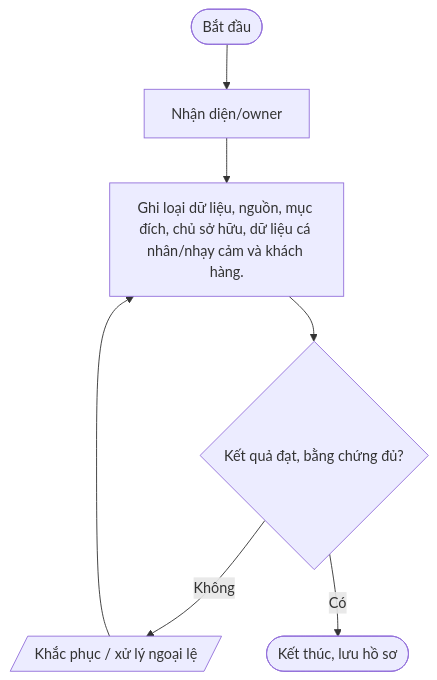
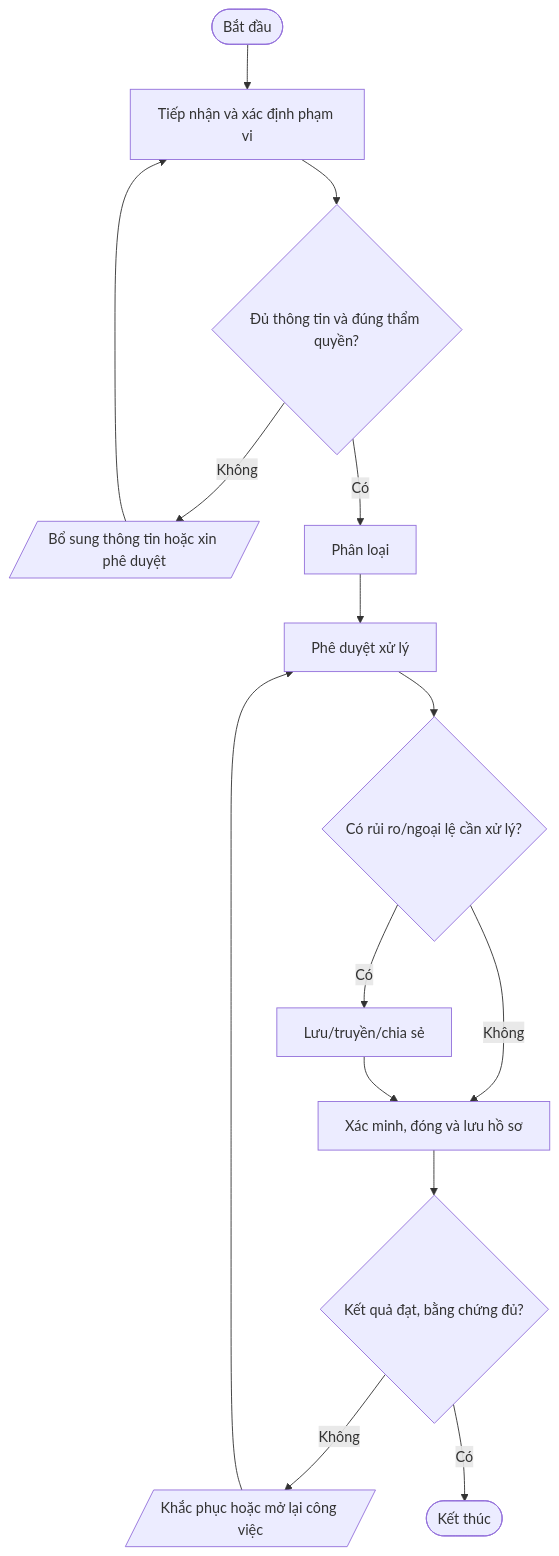
One commit to daoaigiangnam/Quy_Trinh_Chuan changed the fourth of 11 diagrams in quy-trinh/03-An-toan-thong-tin/README.md. Above: the diagram before and after it, drawn with Mermaid. The commit also changed other lines of this file, not shown here.

Commit message:
docs: refine detailed procedure steps and Mermaid flowcharts

````diff
--- a/quy-trinh/03-An-toan-thong-tin/README.md
+++ b/quy-trinh/03-An-toan-thong-tin/README.md
@@ -264,11 +321,17 @@
 ```mermaid
 flowchart TD
-  A([Bắt đầu]) --> S1
-  S1["Nhận diện/owner"]
-  S2["Ghi loại dữ liệu, nguồn, mục đích, chủ sở hữu, dữ liệu cá nhân/nhạy cảm và khách hàng."]
-  S1 --> S2
-  S2 --> D2{"Kết quả đạt, bằng chứng đủ?"}
-  D2 -- Không --> REWORK[/"Khắc phục / xử lý ngoại lệ"/]
-  REWORK --> S2
-  D2 -- Có --> Z([Kết thúc, lưu hồ sơ])
+  A([Bắt đầu]) --> S1["Tiếp nhận và xác định phạm vi"]
+  S1 --> D1{"Đủ thông tin và đúng thẩm quyền?"}
+  D1 -- Không --> F1[/"Bổ sung thông tin hoặc xin phê duyệt"/]
+  F1 --> S1
+  D1 -- Có --> S2["Phân loại"]
+  S2 --> S3["Phê duyệt xử lý"]
+  S3 --> D2{"Có rủi ro/ngoại lệ cần xử lý?"}
+  D2 -- Có --> S4["Lưu/truyền/chia sẻ"]
+  D2 -- Không --> S5["Xác minh, đóng và lưu hồ sơ"]
+  S4 --> S5
+  S5 --> D3{"Kết quả đạt, bằng chứng đủ?"}
+  D3 -- Không --> R[/"Khắc phục hoặc mở lại công việc"/]
+  R --> S3
+  D3 -- Có --> Z([Kết thúc])
 ```
````
